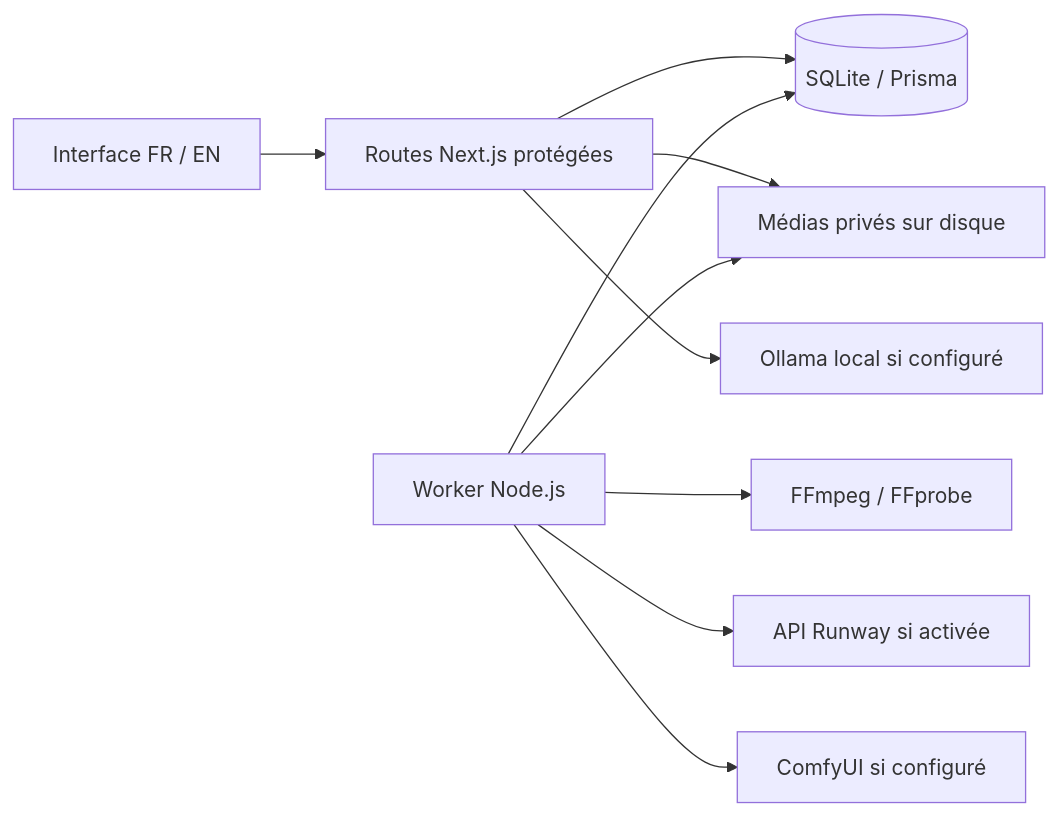
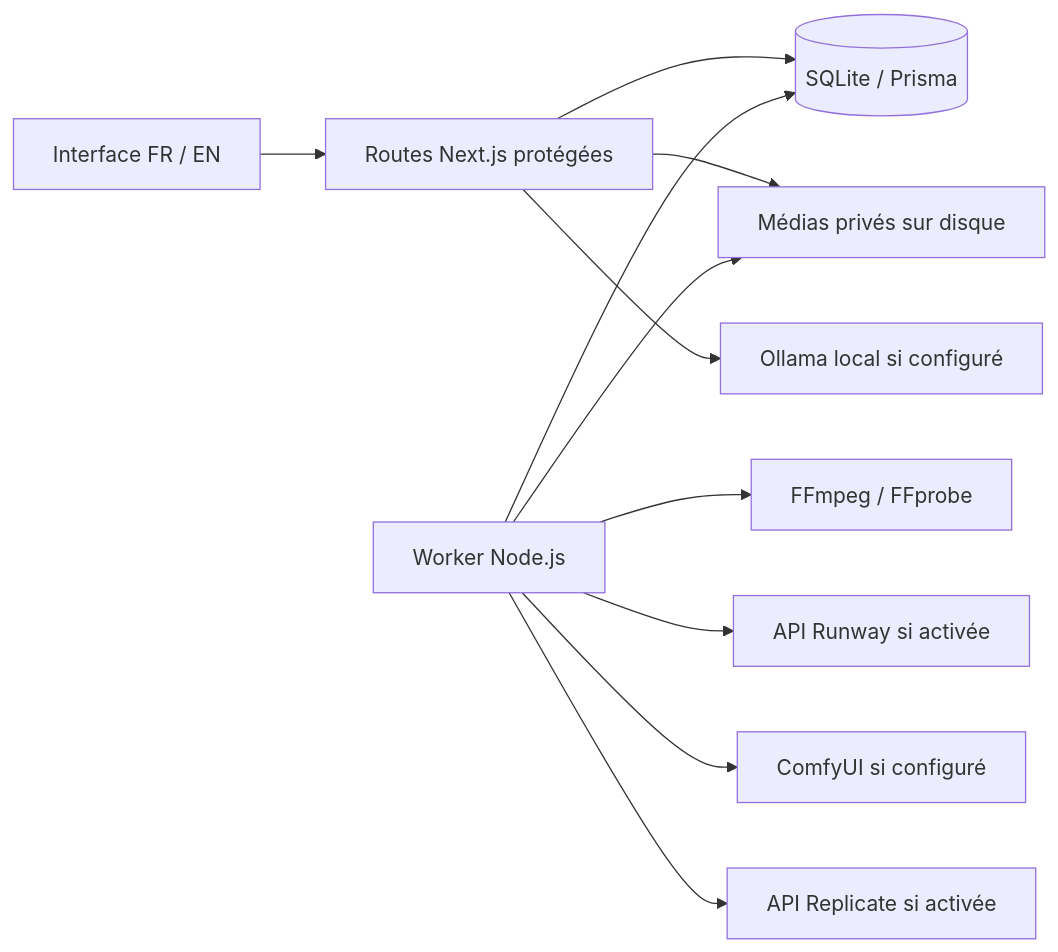
Before and after one commit to conceptafrobysyd-alt/Yassdem-Ai-Studio: the diagram in docs/ARCHITECTURE.md, drawn with Mermaid. The commit also changed other lines of this file and 58 other files, not shown here.

````diff
--- a/docs/ARCHITECTURE.md
+++ b/docs/ARCHITECTURE.md
@@ -15,12 +15,13 @@
 ```mermaid
 flowchart LR
     UI[Interface FR / EN] --> API[Routes Next.js protégées]
     API --> DB[(SQLite / Prisma)]
     API --> MEDIA[Médias privés sur disque]
     WORKER[Worker Node.js] --> DB
     WORKER --> MEDIA
     WORKER --> FFMPEG[FFmpeg / FFprobe]
     WORKER --> RUNWAY[API Runway si activée]
     WORKER --> COMFY[ComfyUI si configuré]
+    WORKER --> REPLICATE[API Replicate si activée]
     API --> OLLAMA[Ollama local si configuré]
 ```
````
